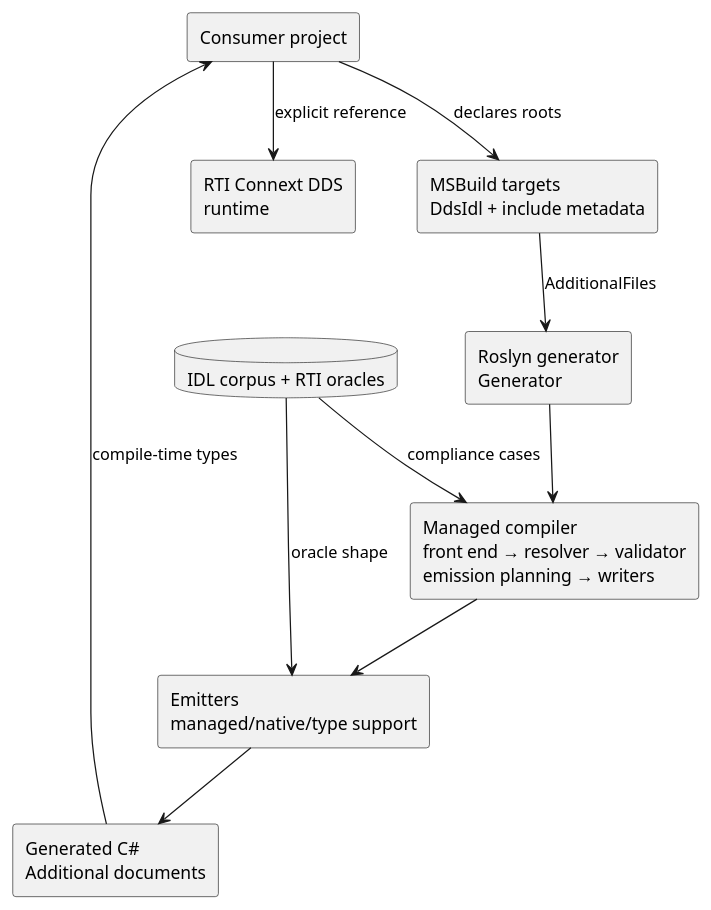
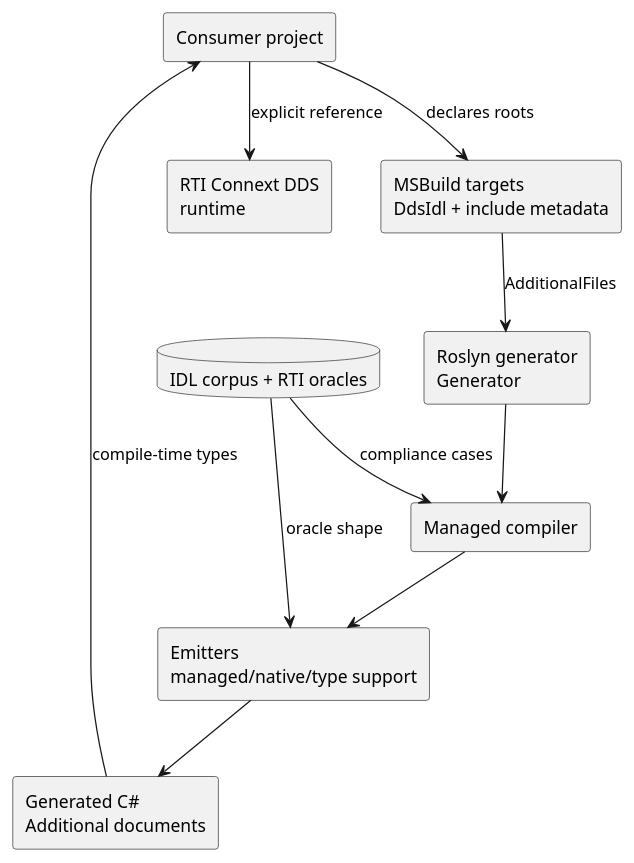
Before and after one commit to eNeRGy164/wireloom: the diagram in docs/architecture/arc42/images/05/level-1-overview.puml, drawn with PlantUML. The commit also changed 12 other files, not shown here.

Commit message:
Update architecture documentation

```diff
--- a/docs/architecture/arc42/images/05/level-1-overview.puml
+++ b/docs/architecture/arc42/images/05/level-1-overview.puml
@@ -1,22 +1,22 @@
 @startuml
 skinparam componentStyle rectangle
 
 rectangle "Consumer project" as consumer
 rectangle "MSBuild targets\nDdsIdl + include metadata" as msbuild
 rectangle "Roslyn generator\nGenerator" as generator
-rectangle "Managed compiler\nfront end → resolver → validator\nemission planning → writers" as compiler
+rectangle "Managed compiler" as compiler
 rectangle "Emitters\nmanaged/native/type support" as emitters
 rectangle "Generated C#\nAdditional documents" as output
 rectangle "RTI Connext DDS\nruntime" as runtime
 database "IDL corpus + RTI oracles" as corpus
 
 consumer --> msbuild : declares roots
 msbuild --> generator : AdditionalFiles
 generator --> compiler
 compiler --> emitters
 emitters --> output
 output --> consumer : compile-time types
 consumer --> runtime : explicit reference
 corpus --> compiler : compliance cases
 corpus --> emitters : oracle shape
 @enduml
```
